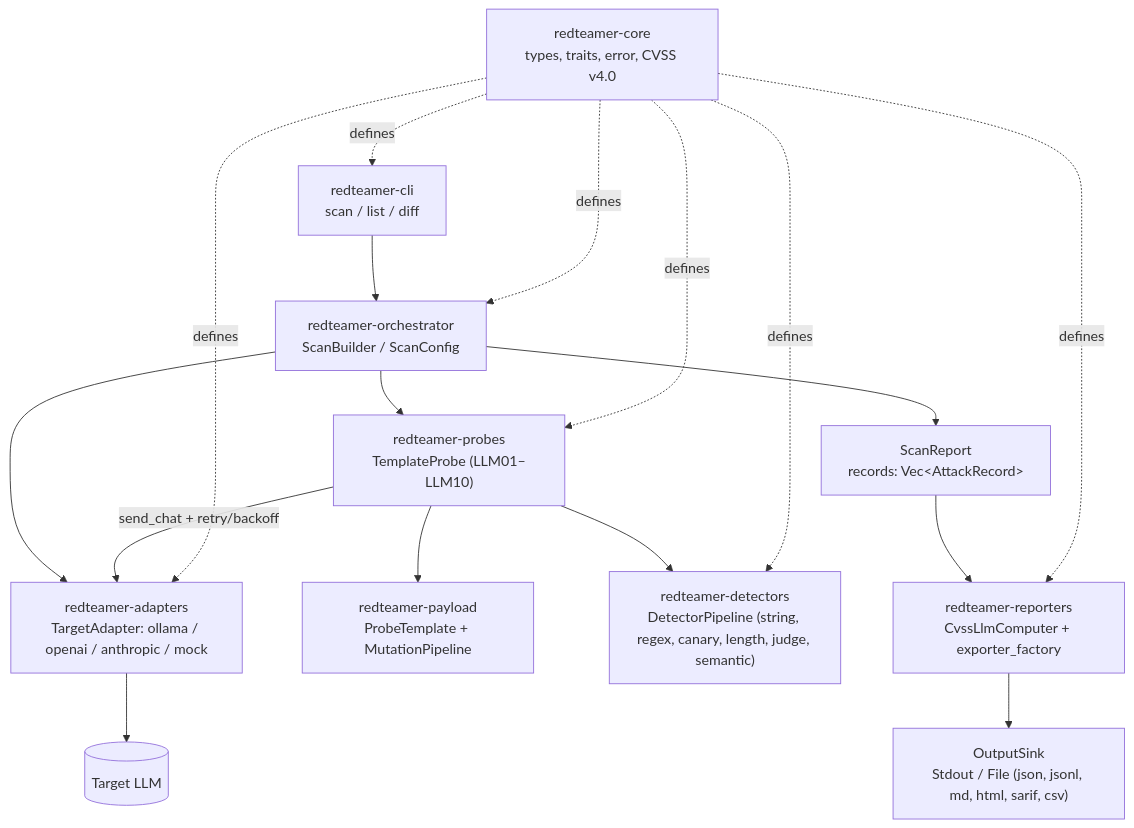
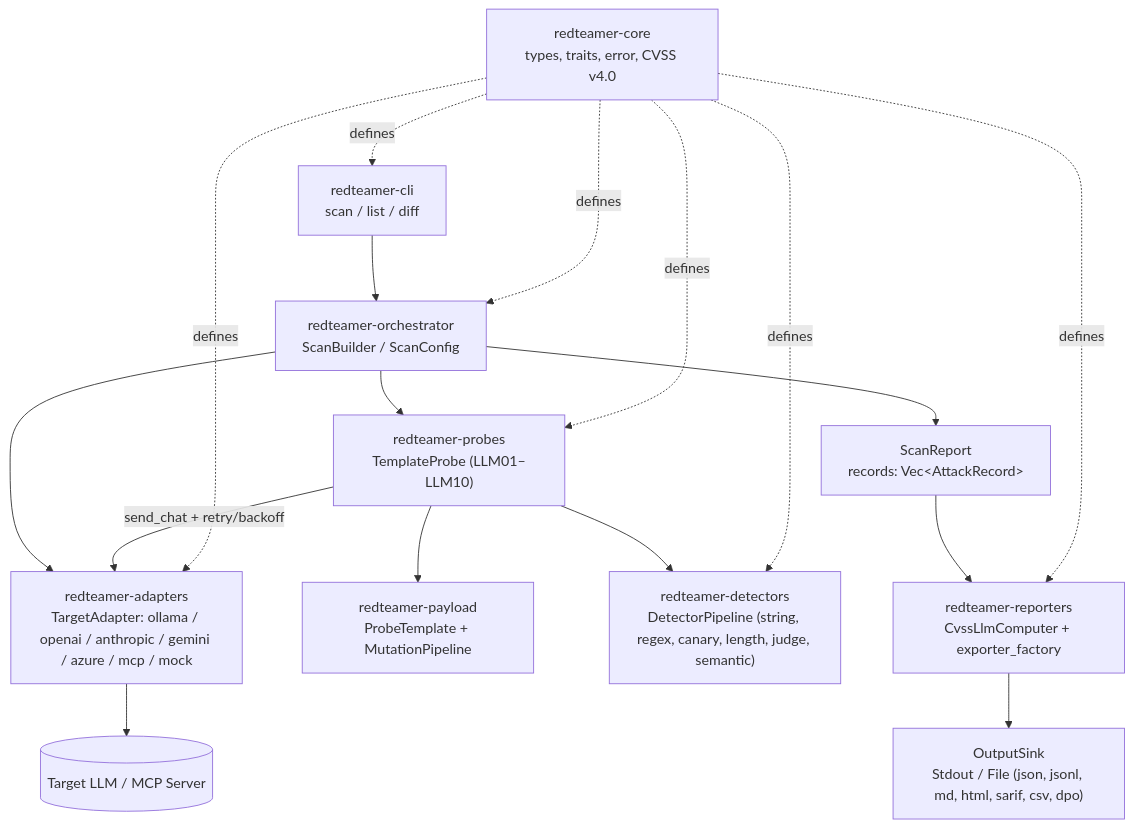
One commit to omar-riadd/LLM-Red-Teaming changed the diagram in README.md. Above: the diagram before and after it, drawn with Mermaid. The commit also changed other lines of this file and 1 other file, not shown here.

Commit message:
docs: document MCP attacks, DPO export, and streaming in README and CHANGELOG

````diff
--- a/README.md
+++ b/README.md
@@ -7,19 +7,19 @@
 ```mermaid
 graph TD
   CLI["redteamer-cli<br/>scan / list / diff"] --> Orchestrator
   Orchestrator["redteamer-orchestrator<br/>ScanBuilder / ScanConfig"] --> Probes
   Orchestrator --> Adapters
   Probes["redteamer-probes<br/>TemplateProbe (LLM01–LLM10)"] --> Payload["redteamer-payload<br/>ProbeTemplate + MutationPipeline"]
-  Adapters["redteamer-adapters<br/>TargetAdapter: ollama / openai / anthropic / mock"] --> LLM[("Target LLM")]
+  Adapters["redteamer-adapters<br/>TargetAdapter: ollama / openai / anthropic / gemini / azure / mcp / mock"] --> LLM[("Target LLM / MCP Server")]
   Probes -- "send_chat + retry/backoff" --> Adapters
   Probes --> Detectors["redteamer-detectors<br/>DetectorPipeline (string, regex, canary, length, judge, semantic)"]
   Orchestrator --> Report["ScanReport<br/>records: Vec&lt;AttackRecord&gt;"]
   Report --> Reporters["redteamer-reporters<br/>CvssLlmComputer + exporter_factory"]
-  Reporters --> Sink["OutputSink<br/>Stdout / File (json, jsonl, md, html, sarif, csv)"]
+  Reporters --> Sink["OutputSink<br/>Stdout / File (json, jsonl, md, html, sarif, csv, dpo)"]
   Core["redteamer-core<br/>types, traits, error, CVSS v4.0"] -. defines .-> CLI
   Core -. defines .-> Orchestrator
   Core -. defines .-> Probes
   Core -. defines .-> Adapters
   Core -. defines .-> Detectors
   Core -. defines .-> Reporters
 ```
````
